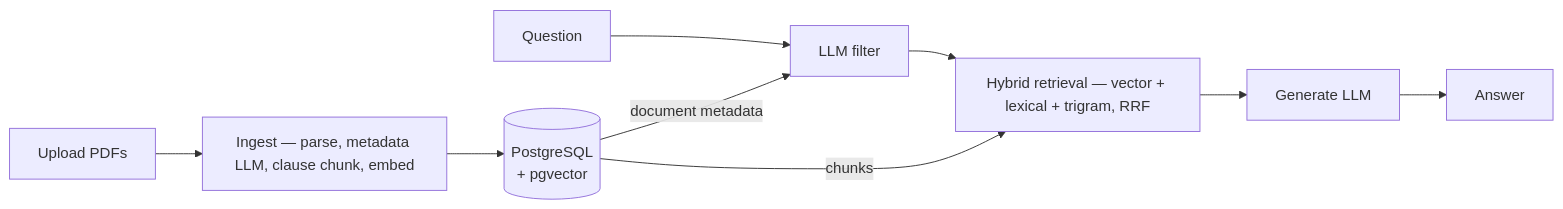
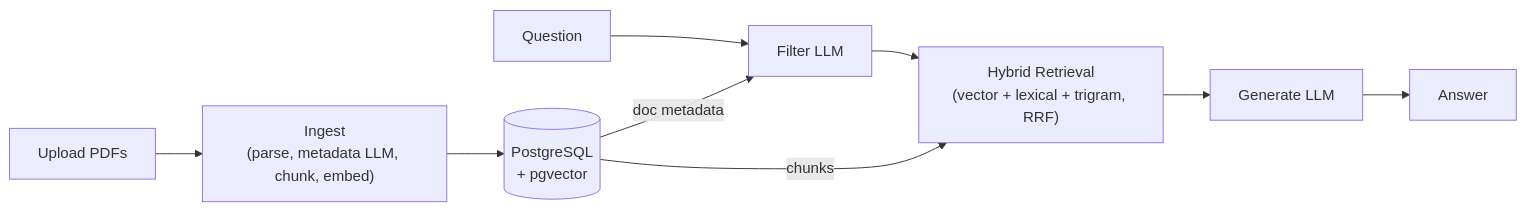
The diagram in README.md (amadeuserras/leaseclear), drawn with Mermaid before and after one commit.

Commit message:
docs: refine flowchart in README for improved clarity and consistency in terminology

````diff
--- a/README.md
+++ b/README.md
@@ -18,12 +18,12 @@
 ```mermaid
 flowchart LR
-  UP["Upload PDFs"] --> ING["Ingest — parse, metadata LLM, clause chunk, embed"]
+  UP["Upload PDFs"] --> ING["Ingest<br>(parse, metadata LLM, chunk, embed)"]
   ING --> DB[("PostgreSQL<br>+ pgvector")]
 
-  Q["Question"] --> FIL["LLM filter"]
-  DB -- "document metadata" --> FIL
-  FIL --> RET["Hybrid retrieval — vector + lexical + trigram, RRF"]
+  Q["Question"] --> FIL["Filter LLM"]
+  DB -- "doc metadata" --> FIL
+  FIL --> RET["Hybrid Retrieval<br>(vector + lexical + trigram, RRF)"]
   DB -- "chunks" --> RET
   RET --> GEN["Generate LLM"]
-  GEN --> FE["Answer"]
+  GEN --> ANS["Answer"]
 ```
````
